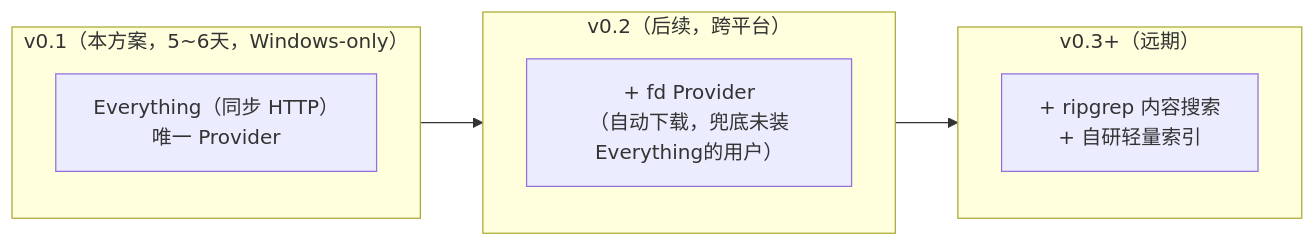
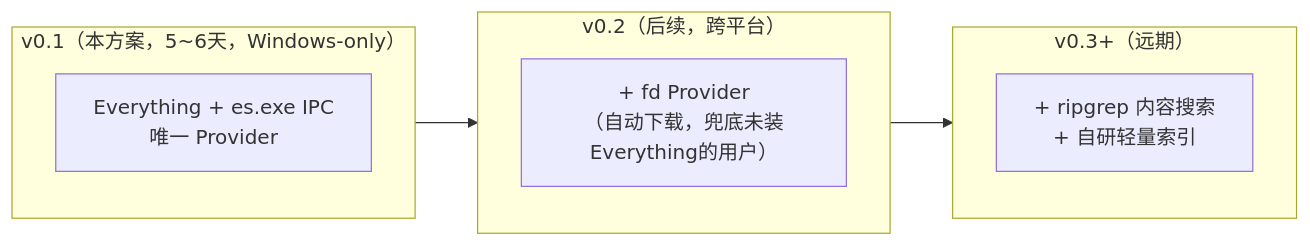
One commit to Yang-SH/dd-run changed the first of 3 diagrams in docs/search-file.md. Above: the diagram before and after it, drawn with Mermaid. The commit also changed other lines of this file and 10 other files, not shown here.

````diff
--- a/docs/search-file.md
+++ b/docs/search-file.md
@@ -26,13 +31,13 @@
 ```mermaid
 flowchart LR
     subgraph v0.1["v0.1（本方案，5~6天，Windows-only）"]
-        A1["Everything（同步 HTTP）<br>唯一 Provider"]
+        A1["Everything + es.exe IPC<br>唯一 Provider"]
     end
     subgraph v0.2["v0.2（后续，跨平台）"]
         A2["+ fd Provider<br>（自动下载，兜底未装Everything的用户）"]
     end
     subgraph v0.3["v0.3+（远期）"]
         A3["+ ripgrep 内容搜索<br>+ 自研轻量索引"]
     end
     v0.1 --> v0.2 --> v0.3
 ```
````
